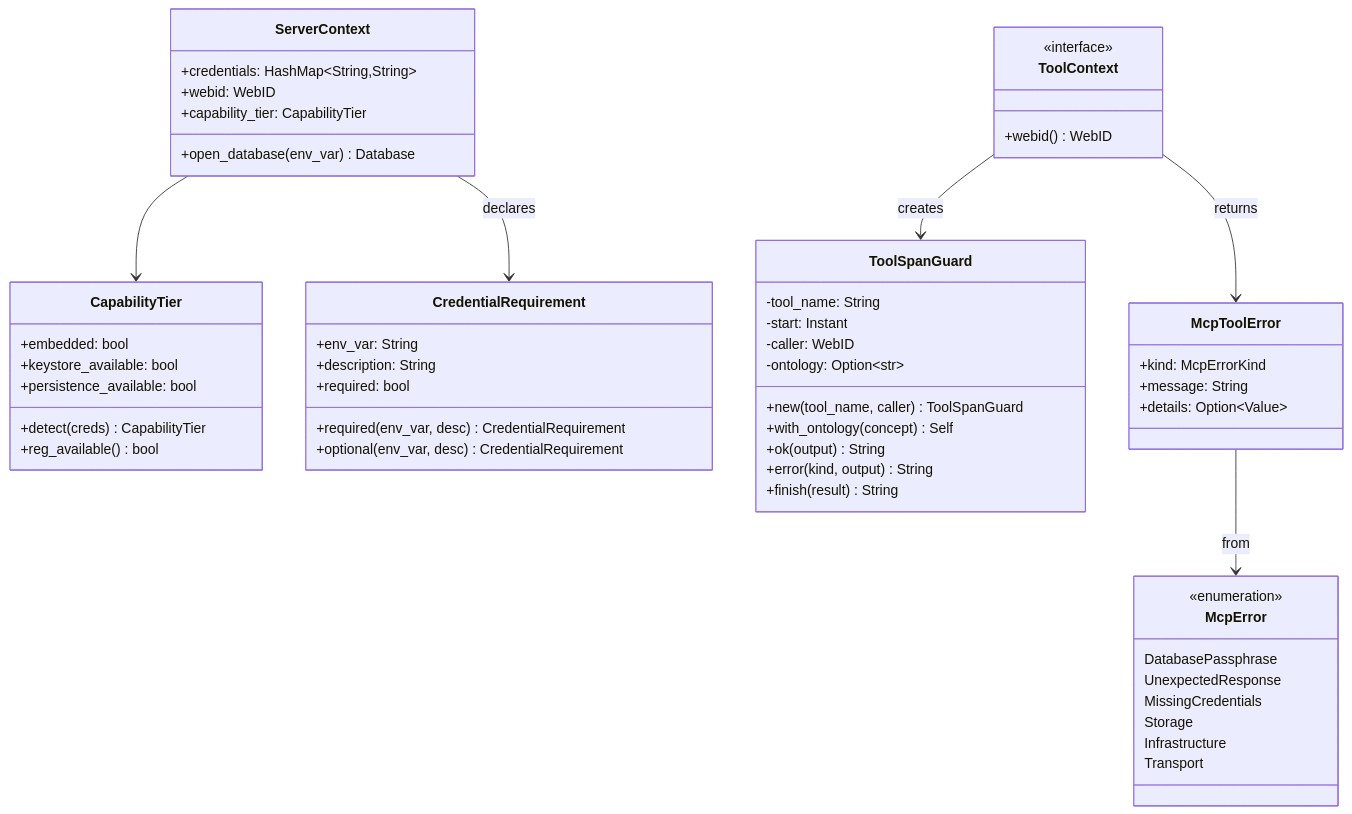
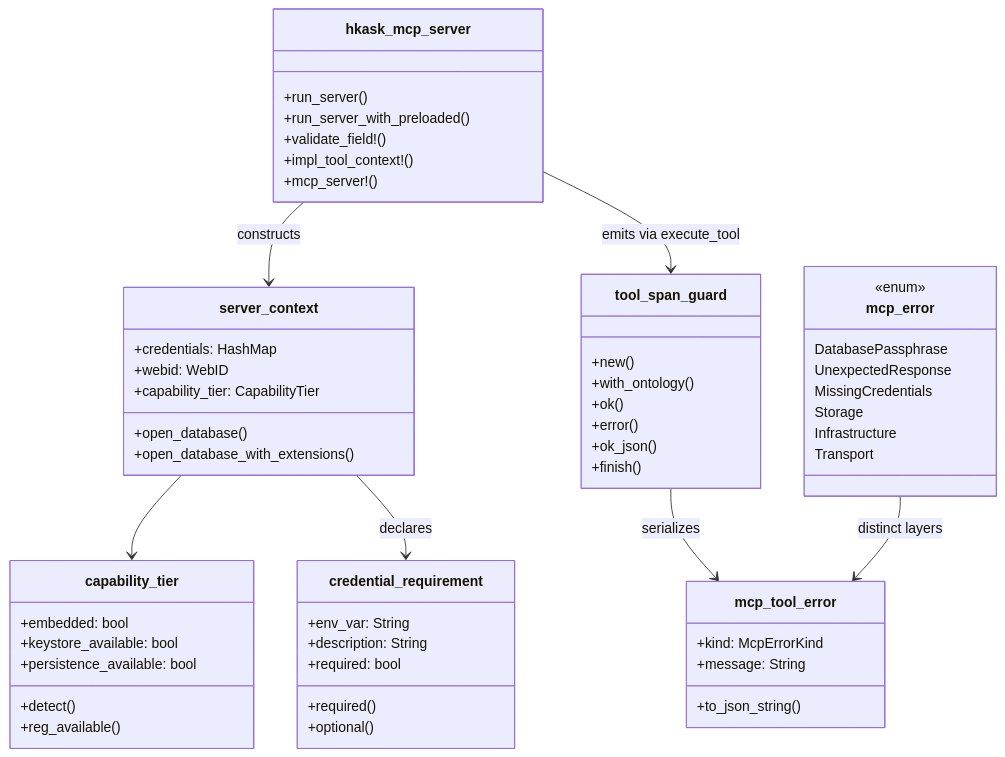
One commit to mdz-axo/zed-kask changed the diagram in kask/docs/diataxis/hkask-mcp-server/reference.md. Above: the diagram before and after it, drawn with Mermaid. The commit also changed other lines of this file and 41 other files, not shown here.

````diff
--- a/kask/docs/diataxis/hkask-mcp-server/reference.md
+++ b/kask/docs/diataxis/hkask-mcp-server/reference.md
@@ -60,58 +19,59 @@
 ```mermaid
 classDiagram
-    class ServerContext {
-        +credentials: HashMap~String,String~
+    class hkask_mcp_server {
+        +run_server()
+        +run_server_with_preloaded()
+        +validate_field!()
+        +impl_tool_context!()
+        +mcp_server!()
+    }
+    class server_context {
+        +credentials: HashMap
         +webid: WebID
         +capability_tier: CapabilityTier
-        +open_database(env_var) Database
+        +open_database()
+        +open_database_with_extensions()
     }
-    class CapabilityTier {
+    class capability_tier {
         +embedded: bool
         +keystore_available: bool
         +persistence_available: bool
-        +detect(creds) CapabilityTier
-        +reg_available() bool
+        +detect()
+        +reg_available()
     }
-    class CredentialRequirement {
+    class credential_requirement {
         +env_var: String
         +description: String
         +required: bool
-        +required(env_var, desc) CredentialRequirement
-        +optional(env_var, desc) CredentialRequirement
+        +required()
+        +optional()
     }
-    class ToolContext {
-        <<interface>>
-        +webid() WebID
+    class tool_span_guard {
+        +new()
+        +with_ontology()
+        +ok()
+        +error()
+        +ok_json()
+        +finish()
     }
-    class ToolSpanGuard {
-        -tool_name: String
-        -start: Instant
-        -caller: WebID
-        -ontology: Option~str~
-        +new(tool_name, caller) ToolSpanGuard
-        +with_ontology(concept) Self
-        +ok(output) String
-        +error(kind, output) String
-        +finish(result) String
-    }
-    class McpToolError {
-        +kind: McpErrorKind
-        +message: String
-        +details: Option~Value~
-    }
-    class McpError {
-        <<enumeration>>
+    class mcp_error {
+        <<enum>>
         DatabasePassphrase
         UnexpectedResponse
         MissingCredentials
         Storage
         Infrastructure
         Transport
     }
-
-    ServerContext --> CapabilityTier
-    ServerContext --> CredentialRequirement : declares
-    ToolContext --> ToolSpanGuard : creates
-    ToolContext --> McpToolError : returns
-    McpToolError --> McpError : from
+    class mcp_tool_error {
+        +kind: McpErrorKind
+        +message: String
+        +to_json_string()
+    }
+    hkask_mcp_server --> server_context : constructs
+    server_context --> capability_tier
+    server_context --> credential_requirement : declares
+    hkask_mcp_server --> tool_span_guard : emits via execute_tool
+    tool_span_guard --> mcp_tool_error : serializes
+    mcp_error --> mcp_tool_error : distinct layers
 ```
````
